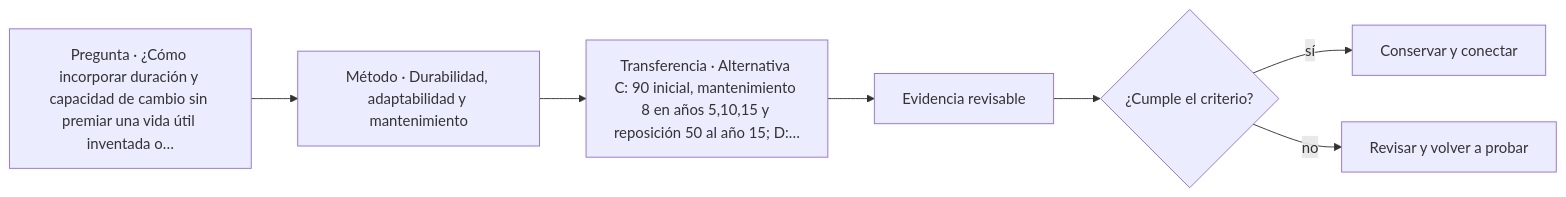
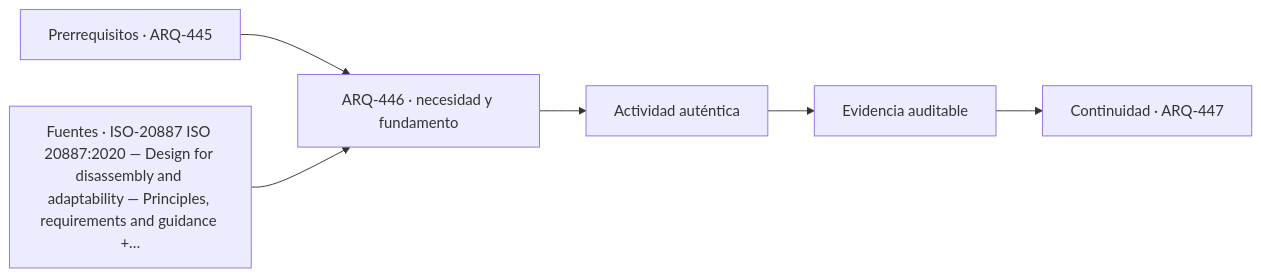
Before and after one commit to vladimiracunadev-create/architecture-built-environment-learning-program: the diagram in classes/parte-45/ARQ-446.md, drawn with Mermaid. The commit also changed other lines of this file and 761 other files, not shown here.

````diff
--- a/classes/parte-45/ARQ-446.md
+++ b/classes/parte-45/ARQ-446.md
@@ -75,9 +87,8 @@
 ```mermaid
 flowchart LR
-    Q["Pregunta · ¿Cómo incorporar duración y capacidad de cambio sin premiar una vida útil inventada o…"] --> M["Método · Durabilidad, adaptabilidad y mantenimiento"]
-    M --> P["Transferencia · Alternativa C: 90 inicial, mantenimiento 8 en años 5,10,15 y reposición 50 al año 15; D:…"]
-    P --> E["Evidencia revisable"]
-    E --> C{"¿Cumple el criterio?"}
-    C -->|sí| T["Conservar y conectar"]
-    C -->|no| R["Revisar y volver a probar"]
+    A["Prerrequisitos · ARQ-445"] --> B["ARQ-446 · necesidad y fundamento"]
+    S["Fuentes · ISO-20887 ISO 20887:2020 — Design for disassembly and adaptability — Principles, requirements and guidance +…"] --> B
+    B --> C["Actividad auténtica"]
+    C --> D["Evidencia auditable"]
+    D --> E["Continuidad · ARQ-447"]
 ```
````
